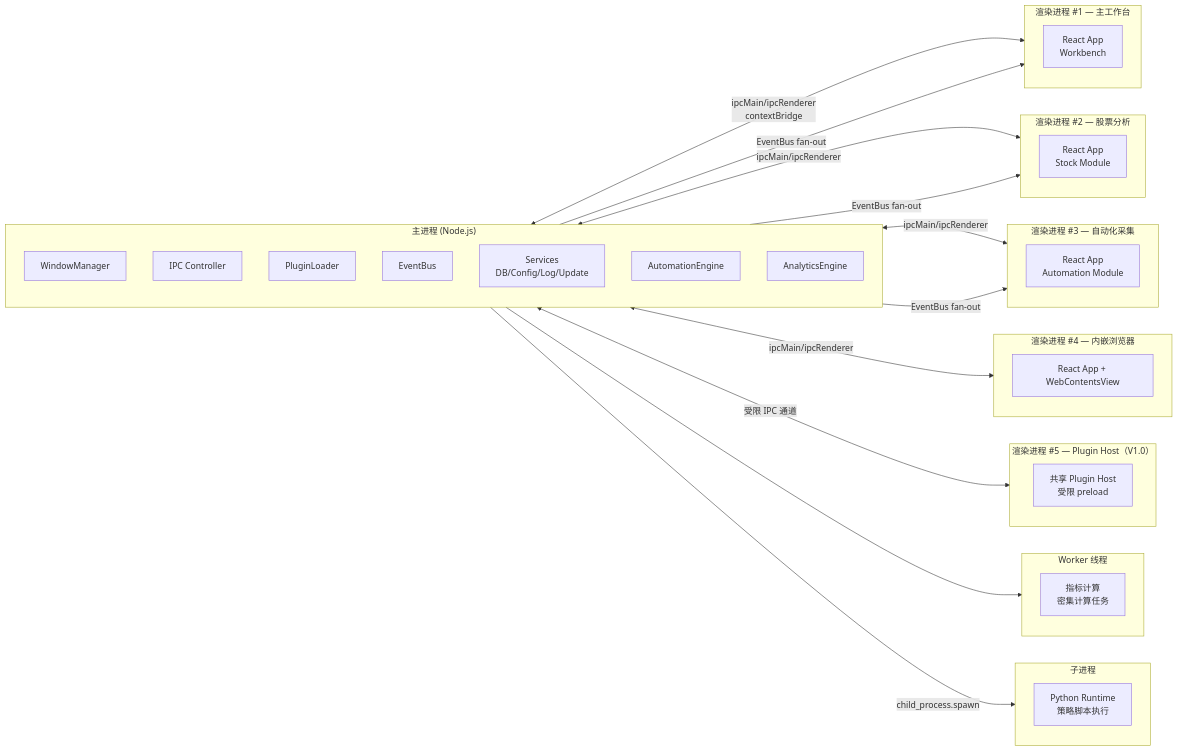
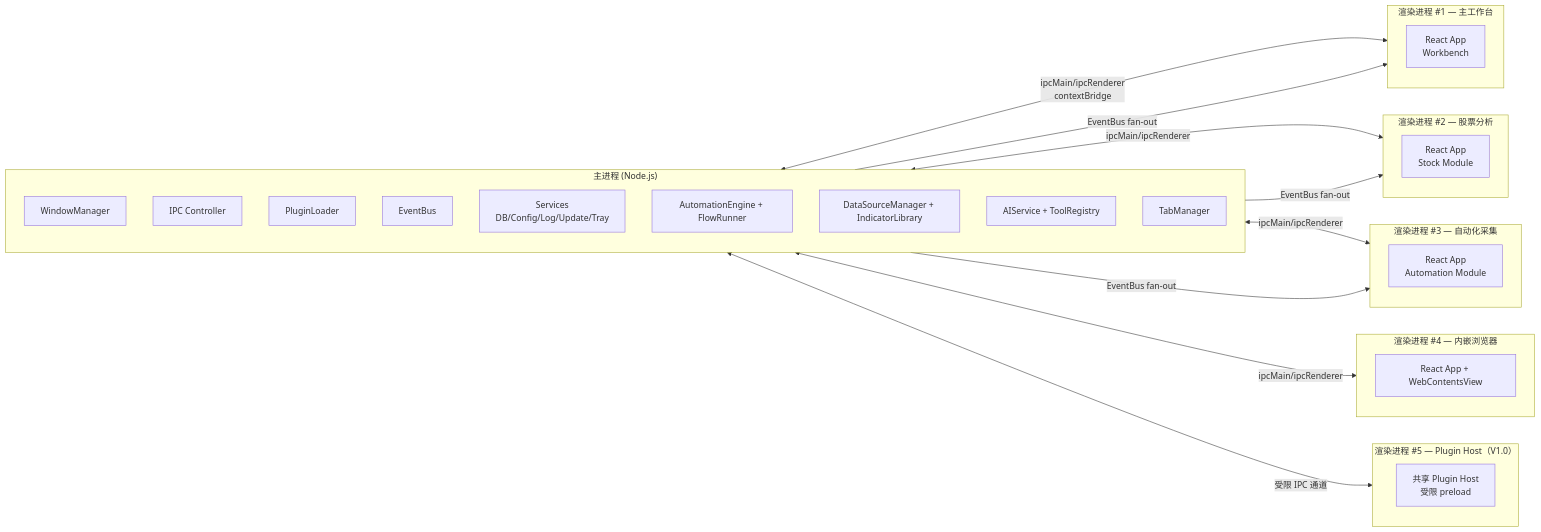
One commit to Oracle0703/yclaw changed the second of 9 diagrams in docs/architecture.md. Above: the diagram before and after it, drawn with Mermaid. The commit also changed other lines of this file and 29 other files, not shown here.

````diff
--- a/docs/architecture.md
+++ b/docs/architecture.md
@@ -84,57 +109,47 @@
 ```mermaid
 graph LR
     subgraph MainProcess["主进程 (Node.js)"]
         direction TB
         M1[WindowManager]
         M2[IPC Controller]
         M3[PluginLoader]
         M4[EventBus]
-        M5[Services<br/>DB/Config/Log/Update]
-        M6[AutomationEngine]
-        M7[AnalyticsEngine]
+        M5[Services<br/>DB/Config/Log/Update/Tray]
+        M6[AutomationEngine + FlowRunner]
+        M7[DataSourceManager + IndicatorLibrary]
+        M8[AIService + ToolRegistry]
+        M9[TabManager]
     end
 
     subgraph RendererProcess1["渲染进程 #1 — 主工作台"]
         R1[React App<br/>Workbench]
     end
 
     subgraph RendererProcess2["渲染进程 #2 — 股票分析"]
         R2[React App<br/>Stock Module]
     end
 
     subgraph RendererProcess3["渲染进程 #3 — 自动化采集"]
         R3[React App<br/>Automation Module]
     end
 
     subgraph RendererProcess4["渲染进程 #4 — 内嵌浏览器"]
         R4[React App + WebContentsView]
     end
 
     subgraph PluginProcess["渲染进程 #5 — Plugin Host（V1.0）"]
         P1[共享 Plugin Host<br/>受限 preload]
     end
 
-    subgraph WorkerThread["Worker 线程"]
-        W1[指标计算<br/>密集计算任务]
-    end
-
-    subgraph ChildProcess["子进程"]
-        C1[Python Runtime<br/>策略脚本执行]
-    end
-
     %% IPC 通道
     MainProcess <-->|"ipcMain/ipcRenderer<br/>contextBridge"| RendererProcess1
     MainProcess <-->|"ipcMain/ipcRenderer"| RendererProcess2
     MainProcess <-->|"ipcMain/ipcRenderer"| RendererProcess3
     MainProcess <-->|"ipcMain/ipcRenderer"| RendererProcess4
     MainProcess <-->|"受限 IPC 通道"| PluginProcess
 
     %% 渲染进程间统一经主进程转发
     MainProcess -->|"EventBus fan-out"| RendererProcess1
     MainProcess -->|"EventBus fan-out"| RendererProcess2
     MainProcess -->|"EventBus fan-out"| RendererProcess3
-
-    %% 主进程扩展
-    M7 --> WorkerThread
-    M7 -->|"child_process.spawn"| ChildProcess
 ```
````
